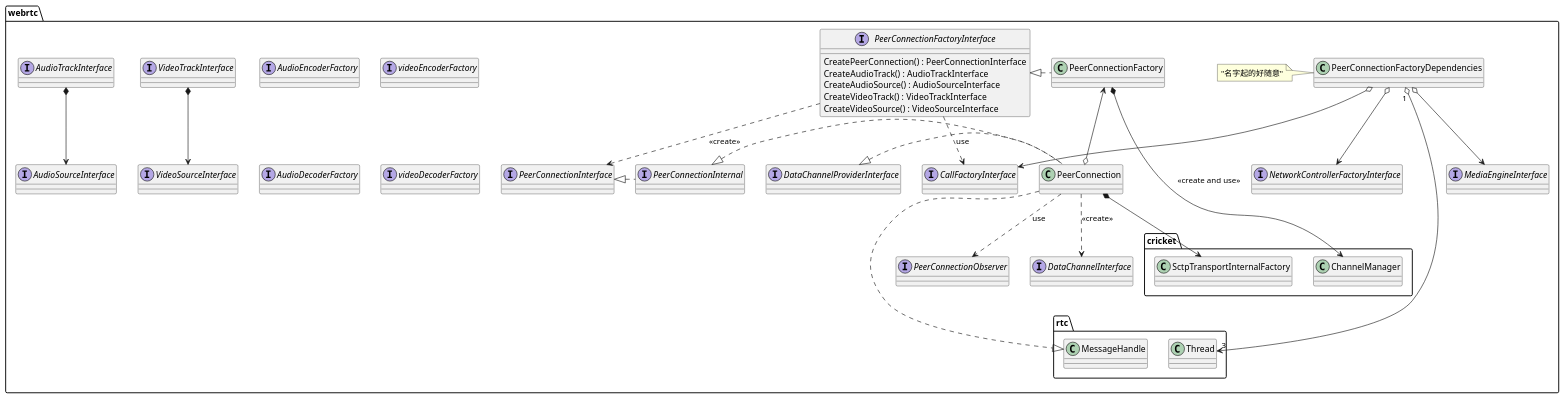
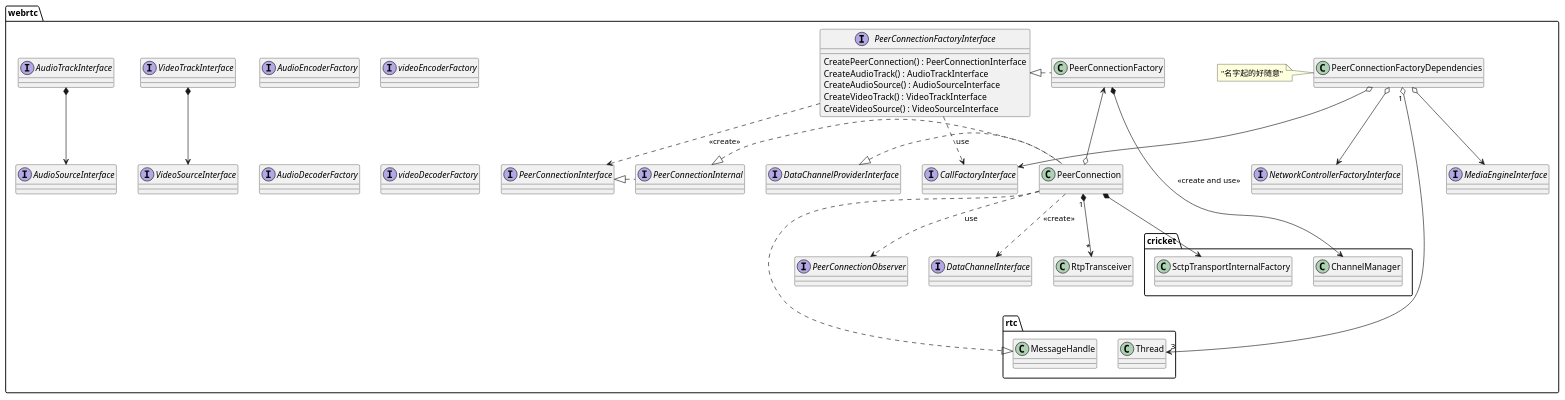
Before and after one commit to mingxin505/webrtcNote: the diagram in webrtc_chrome/peerconnection.md, drawn with PlantUML. The commit also changed other lines of this file and 3 other files, not shown here.

````diff
--- a/webrtc_chrome/peerconnection.md
+++ b/webrtc_chrome/peerconnection.md
@@ -1,53 +1,54 @@
 ```plantuml
 page 2x2
 package webrtc {
     interface CallFactoryInterface
     interface AudioEncoderFactory
     interface videoEncoderFactory
     interface AudioDecoderFactory
     interface videoDecoderFactory
     interface PeerConnectionInterface
     interface VideoSourceInterface
     interface VideoTrackInterface
     interface AudioSourceInterface
     interface AudioTrackInterface
     interface DataChannelProviderInterface
     interface PeerConnectionInternal
     interface PeerConnectionInterface
     interface MediaEngineInterface
     interface NetworkControllerFactoryInterface
     interface CallFactoryInterface
     interface DataChannelInterface
     interface PeerConnectionObserver
     interface PeerConnectionFactoryInterface {
         CreatePeerConnection() : PeerConnectionInterface
         CreateAudioTrack() : AudioTrackInterface
         CreateAudioSource() : AudioSourceInterface
         CreateVideoTrack() : VideoTrackInterface
         CreateVideoSource() : VideoSourceInterface
     }
     class PeerConnectionFactory {
 
     }
     class PeerConnectionFactoryDependencies
     note left: "名字起的好随意"
     PeerConnectionFactoryDependencies "1" o--> "3" rtc.Thread
     PeerConnectionFactoryDependencies o--> CallFactoryInterface
     PeerConnectionFactoryDependencies o--> MediaEngineInterface
     PeerConnectionFactoryDependencies o--> NetworkControllerFactoryInterface
     PeerConnectionFactoryInterface ..> CallFactoryInterface : use
     PeerConnectionFactoryInterface ..> PeerConnectionInterface : <<create>>
     PeerConnectionFactory *-> cricket.ChannelManager : <<create and use>>
     PeerConnectionFactory ..left.|> PeerConnectionFactoryInterface
     PeerConnection ...|> rtc.MessageHandle
     PeerConnection .left..|> DataChannelProviderInterface
     PeerConnection .left..|> PeerConnectionInternal
     PeerConnection *--> cricket.SctpTransportInternalFactory
     PeerConnection ..> DataChannelInterface : <<create>>
     PeerConnection ..> PeerConnectionObserver : use
+    PeerConnection "1" *--> "*" RtpTransceiver
     PeerConnectionInternal ..left.|>PeerConnectionInterface
     PeerConnection o-up-> PeerConnectionFactory
     VideoTrackInterface *--> VideoSourceInterface
     AudioTrackInterface *--> AudioSourceInterface
 }
 ```
````
